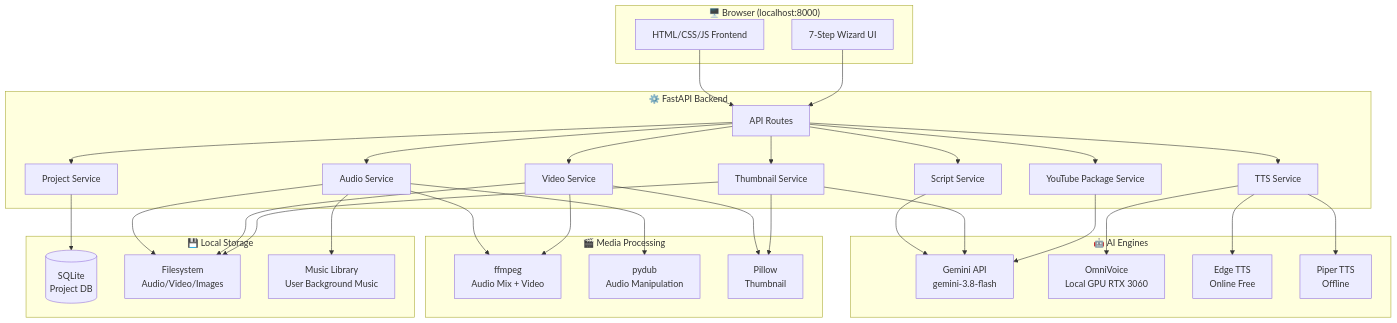
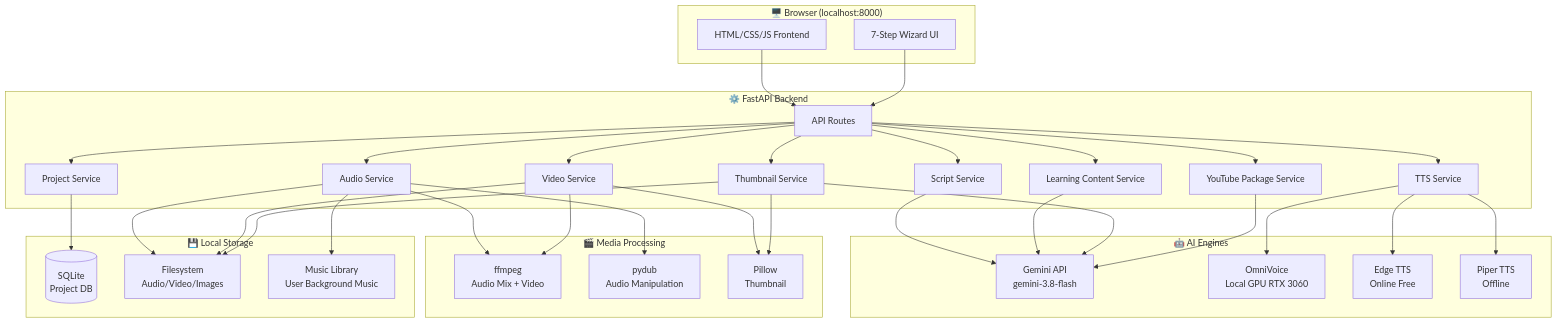
Before and after one commit to danghoangsqtt-sys/dailyintelenglish: the diagram in .viepilot/architecture/system-overview.mermaid, drawn with Mermaid. The commit also changed 51 other files, not shown here.

First line of the commit message:
fix(api,ai,ui): Sprint 1.5R stabilization — null/blank validation, Gemini JSON-schema contract, autosave race fixes

```diff
--- a/.viepilot/architecture/system-overview.mermaid
+++ b/.viepilot/architecture/system-overview.mermaid
@@ -1,47 +1,48 @@
 graph TB
     subgraph Browser["🖥️ Browser (localhost:8000)"]
         UI[HTML/CSS/JS Frontend]
         WZ[7-Step Wizard UI]
     end
 
     subgraph FastAPI["⚙️ FastAPI Backend"]
         AR[API Routes]
         SS[Script Service]
+        LCS[Learning Content Service]
         TS[TTS Service]
         AS[Audio Service]
         VS[Video Service]
         THS[Thumbnail Service]
         PS[Project Service]
         YTS[YouTube Package Service]
     end
 
     subgraph AI["🤖 AI Engines"]
         GEM[Gemini API\ngemini-3.8-flash]
         OV[OmniVoice\nLocal GPU RTX 3060]
         ETSS[Edge TTS\nOnline Free]
         PTTS[Piper TTS\nOffline]
     end
 
     subgraph Media["🎬 Media Processing"]
         FFMP[ffmpeg\nAudio Mix + Video]
         PDY[pydub\nAudio Manipulation]
         PIL[Pillow\nThumbnail]
     end
 
     subgraph Storage["💾 Local Storage"]
         DB[(SQLite\nProject DB)]
         FS[Filesystem\nAudio/Video/Images]
         ML[Music Library\nUser Background Music]
     end
 
     UI --> AR
     WZ --> AR
-    AR --> SS & TS & AS & VS & THS & PS & YTS
-    SS --> GEM
+    AR --> SS & LCS & TS & AS & VS & THS & PS & YTS
+    SS & LCS --> GEM
     TS --> OV & ETSS & PTTS
     AS --> FFMP & PDY & ML
     VS --> FFMP & PIL
     THS --> GEM & PIL
     YTS --> GEM
     PS --> DB
     AS & VS & THS --> FS
```
